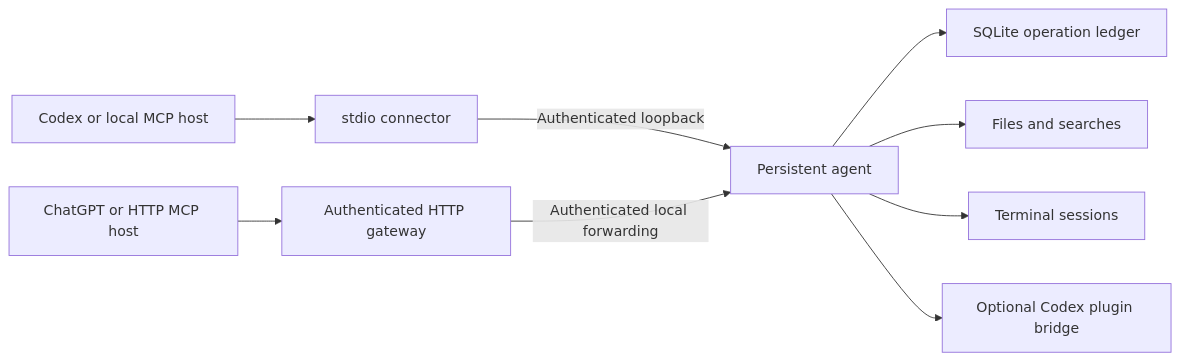
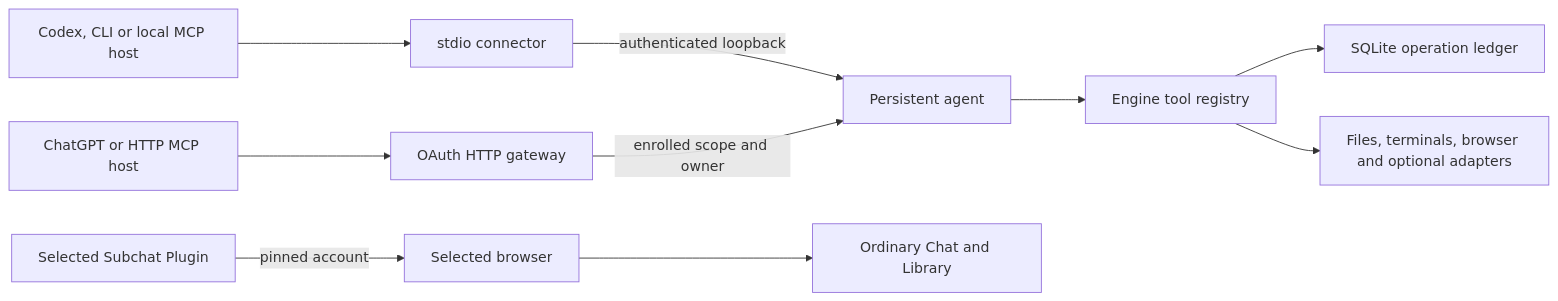
The diagram in docs/ARCHITECTURE.md (meteosimaji/anywhere-computer), drawn with Mermaid before and after one commit. The commit also changed other lines of this file and 10 other files, not shown here.

````diff
--- a/docs/ARCHITECTURE.md
+++ b/docs/ARCHITECTURE.md
@@ -10,11 +8,12 @@
 ```mermaid
 flowchart LR
-  Codex[Codex or local MCP host] --> Connector[stdio connector]
-  Chat[ChatGPT or HTTP MCP host] --> HTTP[Authenticated HTTP gateway]
-  Connector -->|Authenticated loopback| Agent[Persistent agent]
-  HTTP -->|Authenticated local forwarding| Agent
-  Agent --> Ledger[SQLite operation ledger]
-  Agent --> Files[Files and searches]
-  Agent --> Sessions[Terminal sessions]
-  Agent --> Plugins[Optional Codex plugin bridge]
+  Local[Codex, CLI or local MCP host] --> Connector[stdio connector]
+  Chat[ChatGPT or HTTP MCP host] --> Gateway[OAuth HTTP gateway]
+  Connector -->|authenticated loopback| Agent[Persistent agent]
+  Gateway -->|enrolled scope and owner| Agent
+  Agent --> Engine[Engine tool registry]
+  Engine --> Ledger[SQLite operation ledger]
+  Engine --> Resources[Files, terminals, browser and optional adapters]
+  Subchat[Selected Subchat Plugin] -->|pinned account| Browser[Selected browser]
+  Browser --> OrdinaryChat[Ordinary Chat and Library]
 ```
````
